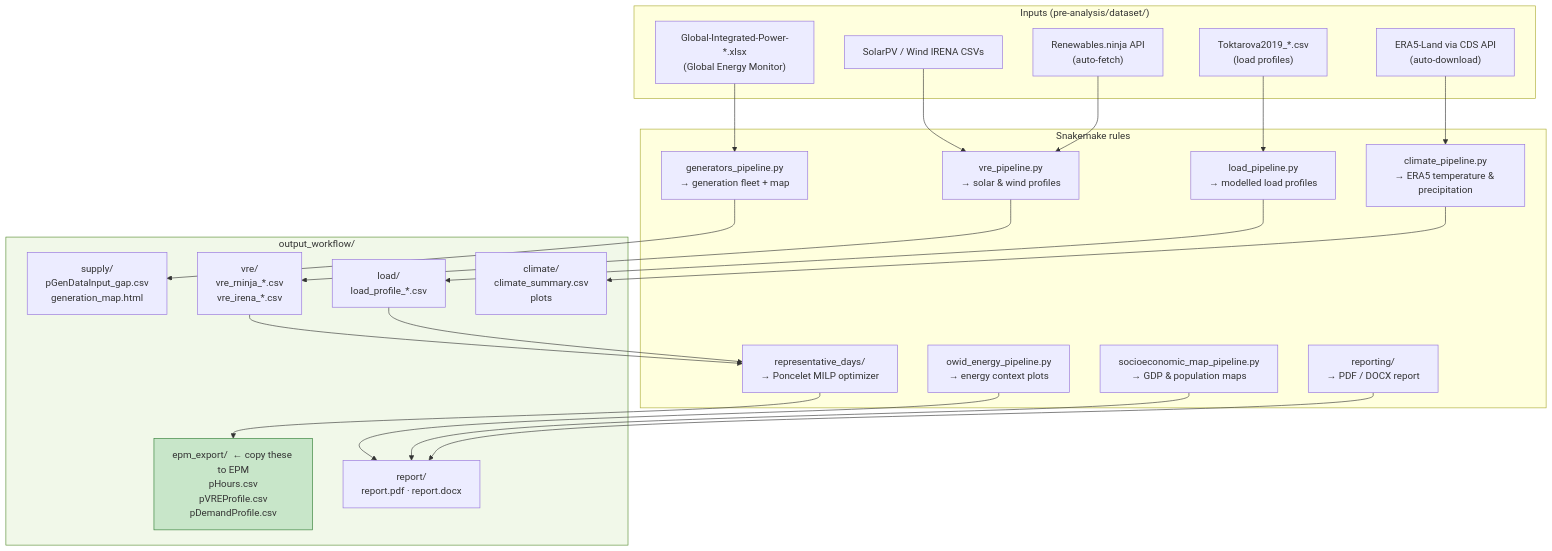
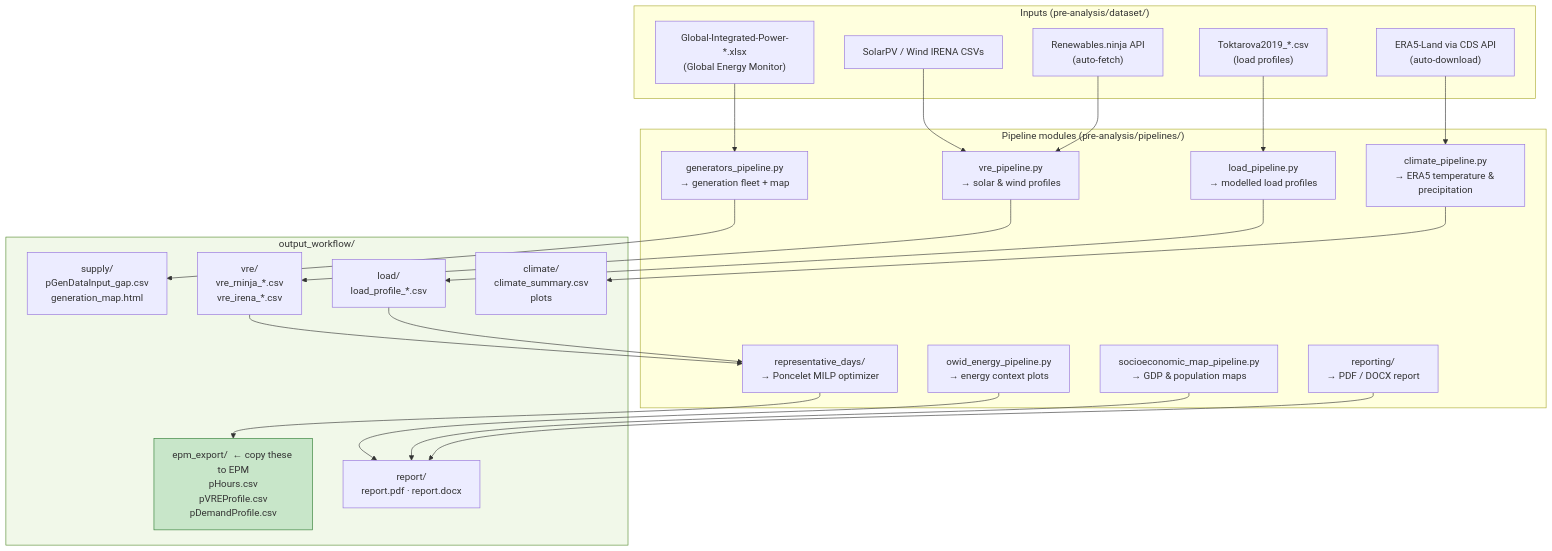
The diagram in docs/preprocessing/pre_projects.md (ESMAP-World-Bank-Group/EPM), drawn with Mermaid before and after one commit. The commit also changed other lines of this file and 14 other files, not shown here.

````diff
--- a/docs/preprocessing/pre_projects.md
+++ b/docs/preprocessing/pre_projects.md
@@ -9,48 +9,48 @@
 ```mermaid
 flowchart TD
     subgraph IN["Inputs (pre-analysis/dataset/)"]
         I1["Global-Integrated-Power-*.xlsx\n(Global Energy Monitor)"]
         I2["SolarPV / Wind IRENA CSVs"]
         I3["Toktarova2019_*.csv\n(load profiles)"]
         I4["ERA5-Land via CDS API\n(auto-download)"]
         I5["Renewables.ninja API\n(auto-fetch)"]
     end
 
-    subgraph PIPE["Snakemake rules"]
+    subgraph PIPE["Pipeline modules (pre-analysis/pipelines/)"]
         R1["generators_pipeline.py\n→ generation fleet + map"]
         R2["vre_pipeline.py\n→ solar & wind profiles"]
         R3["load_pipeline.py\n→ modelled load profiles"]
         R4["climate_pipeline.py\n→ ERA5 temperature & precipitation"]
         R5["representative_days/\n→ Poncelet MILP optimizer"]
         R6["owid_energy_pipeline.py\n→ energy context plots"]
         R7["socioeconomic_map_pipeline.py\n→ GDP & population maps"]
         R8["reporting/\n→ PDF / DOCX report"]
     end
 
     subgraph OUT["output_workflow/"]
         O1["supply/\npGenDataInput_gap.csv\ngeneration_map.html"]
         O2["vre/\nvre_rninja_*.csv\nvre_irena_*.csv"]
         O3["load/\nload_profile_*.csv"]
         O4["climate/\nclimate_summary.csv\nplots"]
         O5["epm_export/  ← copy these to EPM\npHours.csv\npVREProfile.csv\npDemandProfile.csv"]
         O6["report/\nreport.pdf · report.docx"]
     end
 
     I1 --> R1 --> O1
     I2 --> R2
     I5 --> R2
     R2 --> O2
     I3 --> R3 --> O3
     I4 --> R4 --> O4
 
     O2 --> R5
     O3 --> R5
     R5 --> O5
 
     R6 --> O6
     R7 --> O6
     R8 --> O6
 
     style OUT fill:#f1f8e9,stroke:#558B2F
     style O5 fill:#c8e6c9,stroke:#2E7D32
 ```
````
